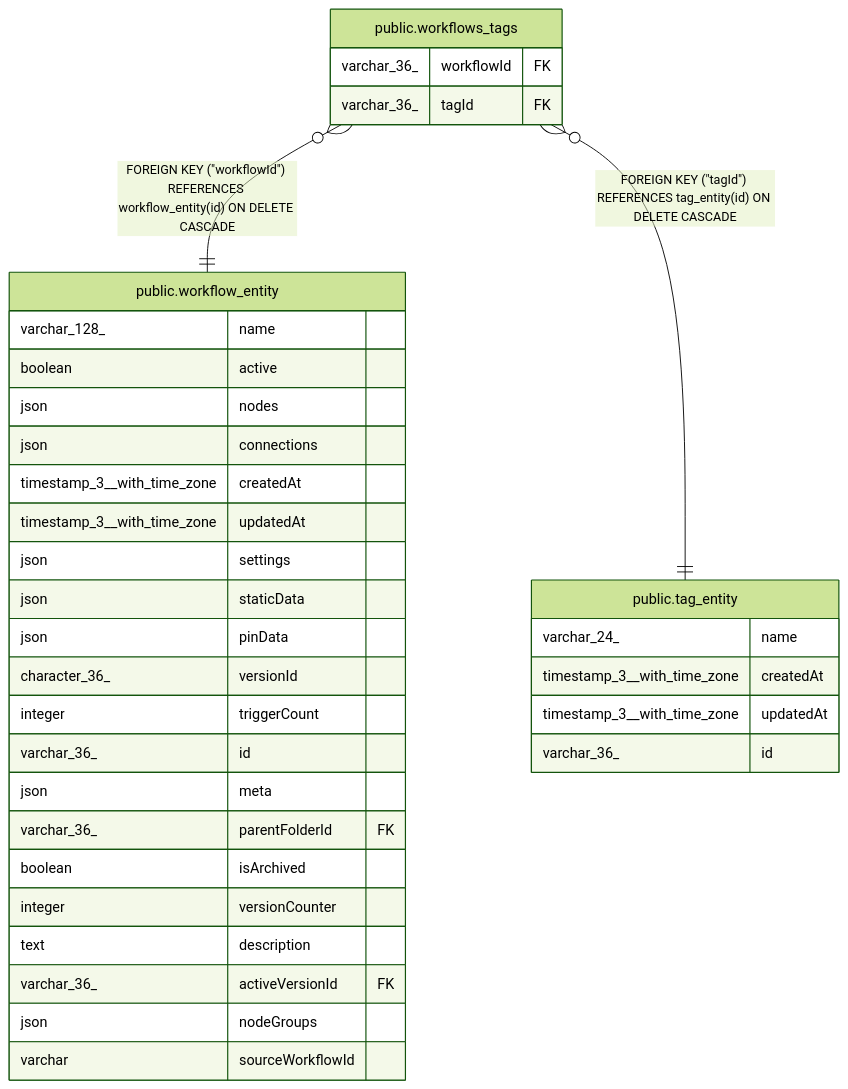
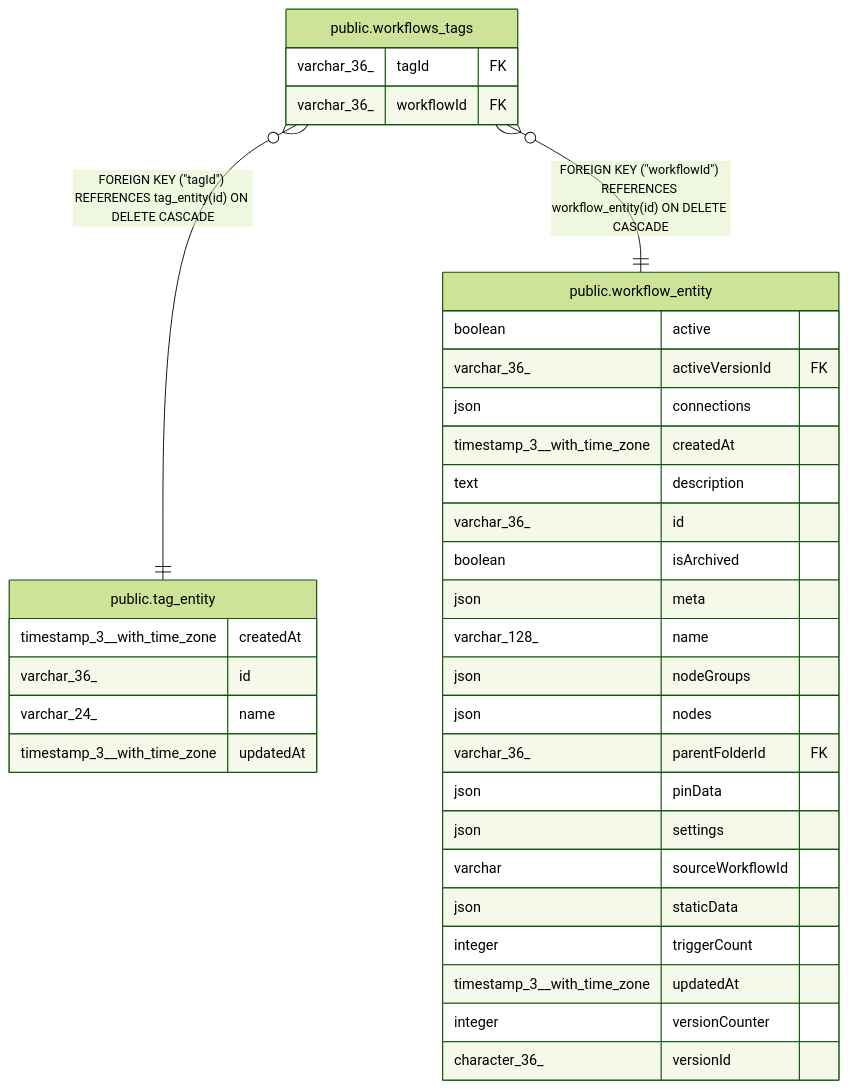
Before and after one commit to mayankjain1815-commits/n8n: the diagram in docs/generated/postgres-schema/public.workflows_tags.md, drawn with Mermaid (forest theme). The commit also changed other lines of this file and 221 other files, not shown here.

Commit message:
chore(core): Make DB schema docs generation deterministic (#32373)

````diff
--- a/docs/generated/postgres-schema/public.workflows_tags.md
+++ b/docs/generated/postgres-schema/public.workflows_tags.md
@@ -29,39 +29,39 @@
 ```mermaid
 erDiagram
 
+"public.workflows_tags" }o--|| "public.tag_entity" : "FOREIGN KEY (#quot;tagId#quot;) REFERENCES tag_entity(id) ON DELETE CASCADE"
 "public.workflows_tags" }o--|| "public.workflow_entity" : "FOREIGN KEY (#quot;workflowId#quot;) REFERENCES workflow_entity(id) ON DELETE CASCADE"
-"public.workflows_tags" }o--|| "public.tag_entity" : "FOREIGN KEY (#quot;tagId#quot;) REFERENCES tag_entity(id) ON DELETE CASCADE"
 
 "public.workflows_tags" {
+  varchar_36_ tagId FK
   varchar_36_ workflowId FK
-  varchar_36_ tagId FK
+}
+"public.tag_entity" {
+  timestamp_3__with_time_zone createdAt
+  varchar_36_ id
+  varchar_24_ name
+  timestamp_3__with_time_zone updatedAt
 }
 "public.workflow_entity" {
-  varchar_128_ name
   boolean active
-  json nodes
+  varchar_36_ activeVersionId FK
   json connections
   timestamp_3__with_time_zone createdAt
+  text description
+  varchar_36_ id
+  boolean isArchived
+  json meta
+  varchar_128_ name
+  json nodeGroups
+  json nodes
+  varchar_36_ parentFolderId FK
+  json pinData
+  json settings
+  varchar sourceWorkflowId
+  json staticData
+  integer triggerCount
   timestamp_3__with_time_zone updatedAt
-  json settings
-  json staticData
-  json pinData
+  integer versionCounter
   character_36_ versionId
-  integer triggerCount
-  varchar_36_ id
-  json meta
-  varchar_36_ parentFolderId FK
-  boolean isArchived
-  integer versionCounter
-  text description
-  varchar_36_ activeVersionId FK
-  json nodeGroups
-  varchar sourceWorkflowId
-}
-"public.tag_entity" {
-  varchar_24_ name
-  timestamp_3__with_time_zone createdAt
-  timestamp_3__with_time_zone updatedAt
-  varchar_36_ id
 }
 ```
````
